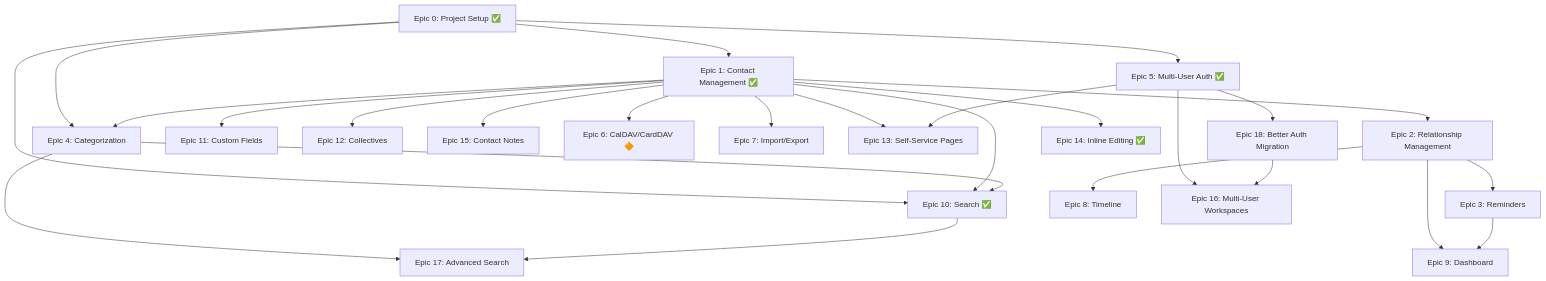
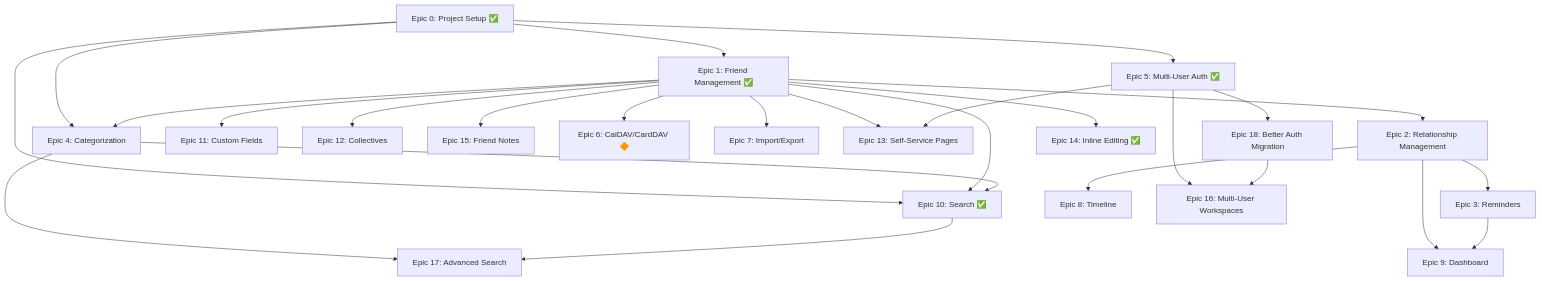
Before and after one commit to datenknoten/freundebuch: the diagram in project-management/epics/README.md, drawn with Mermaid. The commit also changed other lines of this file and 5 other files, not shown here.

First line of the commit message:
docs: Update documentation for Contact → Friend rename

````diff
--- a/project-management/epics/README.md
+++ b/project-management/epics/README.md
@@ -144,28 +144,28 @@
 ```mermaid
 graph TD
-    E0[Epic 0: Project Setup ✅] --> E1[Epic 1: Contact Management ✅]
+    E0[Epic 0: Project Setup ✅] --> E1[Epic 1: Friend Management ✅]
     E0 --> E4[Epic 4: Categorization]
     E0 --> E5[Epic 5: Multi-User Auth ✅]
     E0 --> E10[Epic 10: Search ✅]
     E1 --> E2[Epic 2: Relationship Management]
     E1 --> E4
     E1 --> E10
     E1 --> E11[Epic 11: Custom Fields]
     E1 --> E12[Epic 12: Collectives]
-    E1 --> E15[Epic 15: Contact Notes]
+    E1 --> E15[Epic 15: Friend Notes]
     E2 --> E3[Epic 3: Reminders]
     E2 --> E8[Epic 8: Timeline]
     E2 --> E9[Epic 9: Dashboard]
     E3 --> E9
     E1 --> E6[Epic 6: CalDAV/CardDAV 🔶]
     E1 --> E7[Epic 7: Import/Export]
     E4 --> E10
     E4 --> E17[Epic 17: Advanced Search]
     E10 --> E17
     E1 --> E13[Epic 13: Self-Service Pages]
     E5 --> E13
     E5 --> E16[Epic 16: Multi-User Workspaces]
     E5 --> E18[Epic 18: Better Auth Migration]
     E18 --> E16
     E1 --> E14[Epic 14: Inline Editing ✅]
 ```
````
